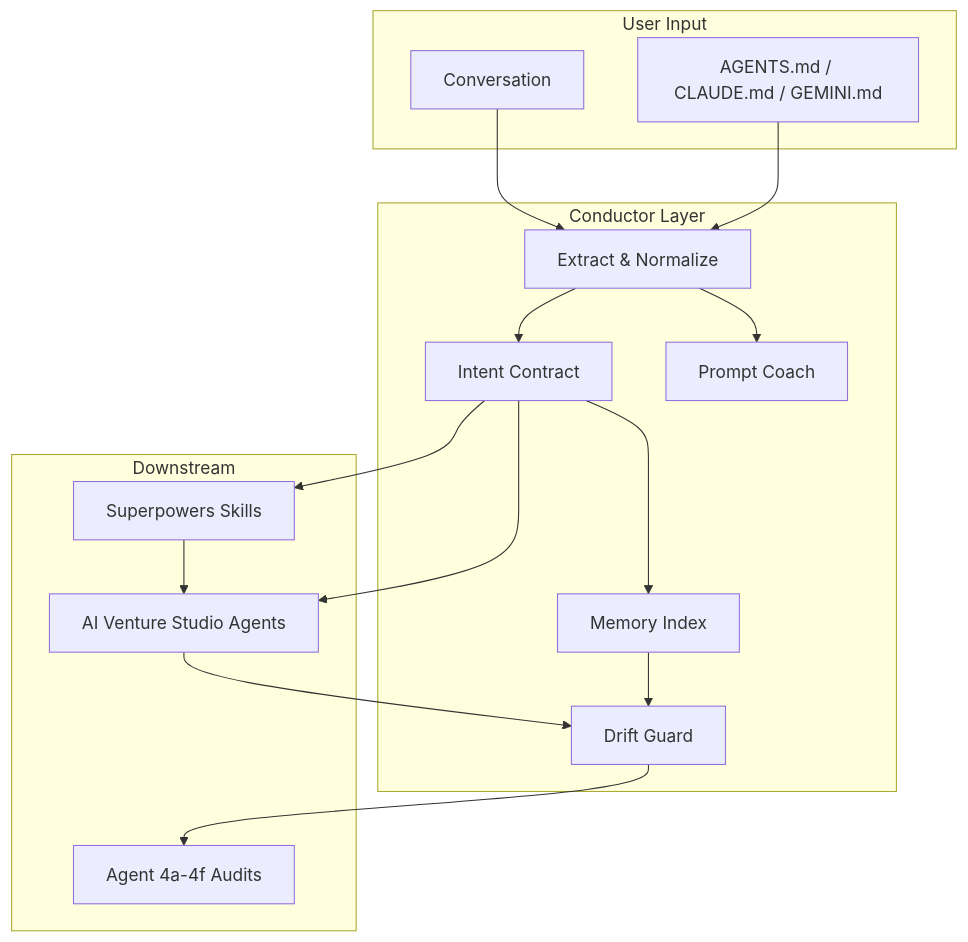
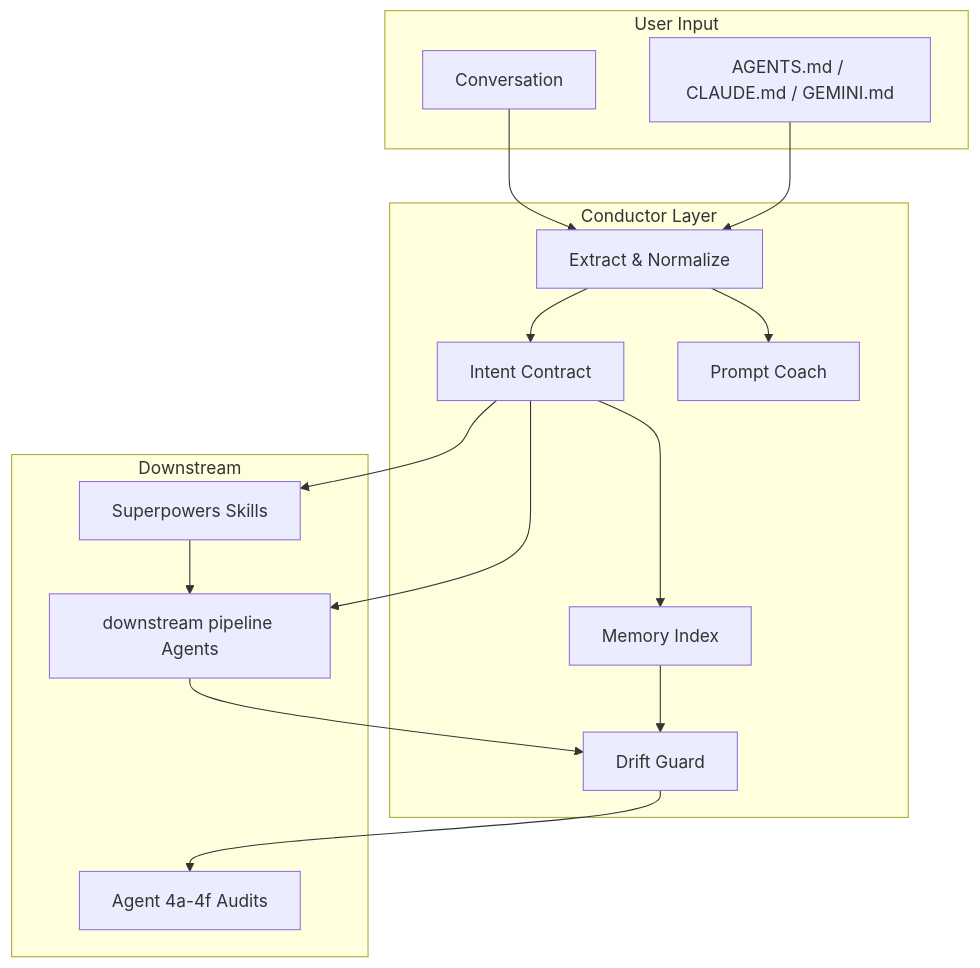
The diagram in docs/brainstorming/00-session-overview.md (vaultcompasshq/conductor), drawn with Mermaid before and after one commit. The commit also changed other lines of this file and 31 other files, not shown here.

````diff
--- a/docs/brainstorming/00-session-overview.md
+++ b/docs/brainstorming/00-session-overview.md
@@ -100,33 +100,33 @@
 ```mermaid
 flowchart TB
     subgraph input [User Input]
         U[Conversation]
         R[AGENTS.md / CLAUDE.md / GEMINI.md]
     end
 
     subgraph conductor [Conductor Layer]
         E[Extract & Normalize]
         C[Intent Contract]
         P[Prompt Coach]
         D[Drift Guard]
         M[Memory Index]
     end
 
     subgraph downstream [Downstream]
         SP[Superpowers Skills]
-        VS[AI Venture Studio Agents]
+        VS[downstream pipeline Agents]
         A4[Agent 4a-4f Audits]
     end
 
     U --> E
     R --> E
     E --> C
     E --> P
     C --> M
     C --> SP
     C --> VS
     SP --> VS
     VS --> D
     D --> A4
     M --> D
 ```
````
